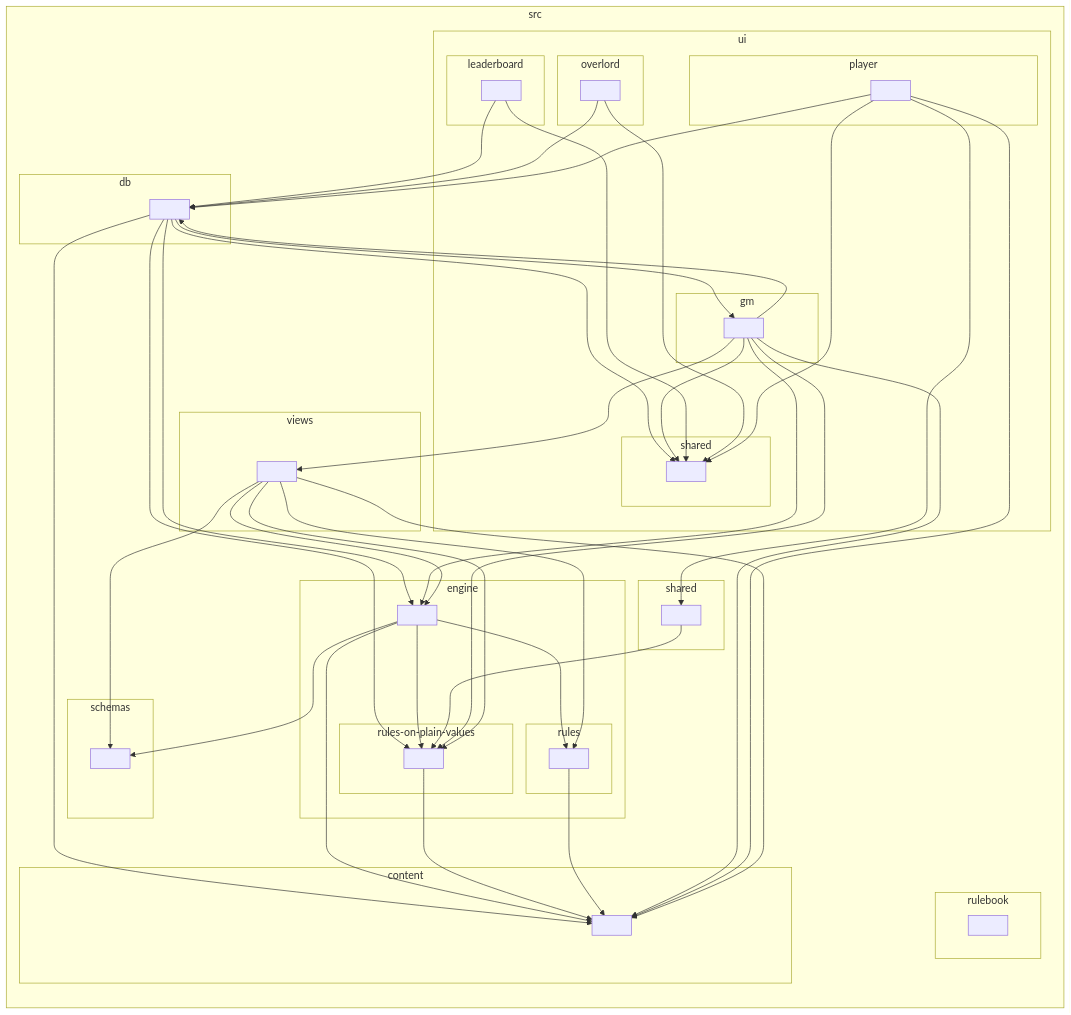
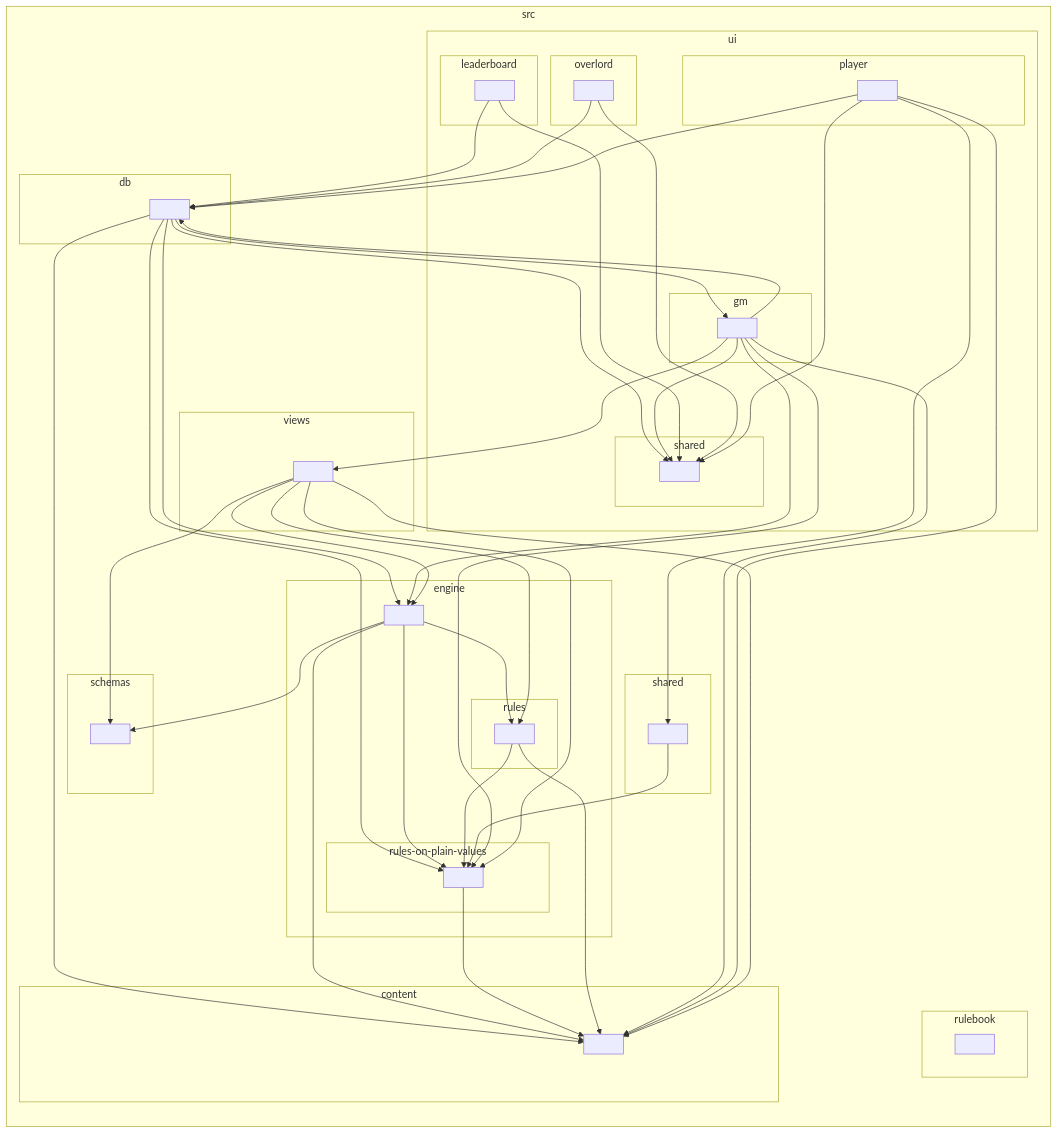
Before and after one commit to Nestalawe/kingdoms-call: the diagram in docs/ARCHITECTURE.md, drawn with Mermaid. The commit also changed other lines of this file and 19 other files, not shown here.

````diff
--- a/docs/ARCHITECTURE.md
+++ b/docs/ARCHITECTURE.md
@@ -123,81 +124,82 @@
 ```mermaid
 flowchart LR
 
 subgraph src["src"]
   subgraph src_content["content"]
     src_content_[" "]
   end
   subgraph src_db["db"]
     src_db_[" "]
   end
   subgraph src_engine["engine"]
     src_engine_[" "]
     subgraph src_engine_rules_on_plain_values["rules-on-plain-values"]
       src_engine_rules_on_plain_values_[" "]
     end
     subgraph src_engine_rules["rules"]
       src_engine_rules_[" "]
     end
   end
   subgraph src_rulebook["rulebook"]
     src_rulebook_[" "]
   end
   subgraph src_schemas["schemas"]
     src_schemas_[" "]
   end
   subgraph src_shared["shared"]
     src_shared_[" "]
   end
   subgraph src_ui["ui"]
     subgraph src_ui_gm["gm"]
       src_ui_gm_[" "]
     end
     subgraph src_ui_leaderboard["leaderboard"]
       src_ui_leaderboard_[" "]
     end
     subgraph src_ui_overlord["overlord"]
       src_ui_overlord_[" "]
     end
     subgraph src_ui_player["player"]
       src_ui_player_[" "]
     end
     subgraph src_ui_shared["shared"]
       src_ui_shared_[" "]
     end
   end
   subgraph src_views["views"]
     src_views_[" "]
   end
 end
 src_db_-->src_engine_rules_on_plain_values_
 src_db_-->src_ui_gm_
 src_db_-->src_ui_shared_
 src_db_-->src_content_
 src_db_-->src_engine_
 src_engine_-->src_content_
 src_engine_-->src_engine_rules_on_plain_values_
 src_engine_-->src_schemas_
 src_engine_-->src_engine_rules_
 src_engine_rules_on_plain_values_-->src_content_
 src_engine_rules_-->src_content_
+src_engine_rules_-->src_engine_rules_on_plain_values_
 src_shared_-->src_engine_rules_on_plain_values_
 src_ui_gm_-->src_content_
 src_ui_gm_-->src_db_
 src_ui_gm_-->src_engine_
 src_ui_gm_-->src_ui_shared_
 src_ui_gm_-->src_engine_rules_on_plain_values_
 src_ui_gm_-->src_views_
 src_ui_leaderboard_-->src_db_
 src_ui_leaderboard_-->src_ui_shared_
 src_ui_overlord_-->src_db_
 src_ui_overlord_-->src_ui_shared_
 src_ui_player_-->src_content_
 src_ui_player_-->src_ui_shared_
 src_ui_player_-->src_shared_
 src_ui_player_-->src_db_
 src_views_-->src_engine_
 src_views_-->src_content_
 src_views_-->src_engine_rules_on_plain_values_
 src_views_-->src_engine_rules_
 src_views_-->src_schemas_
 ```
````
